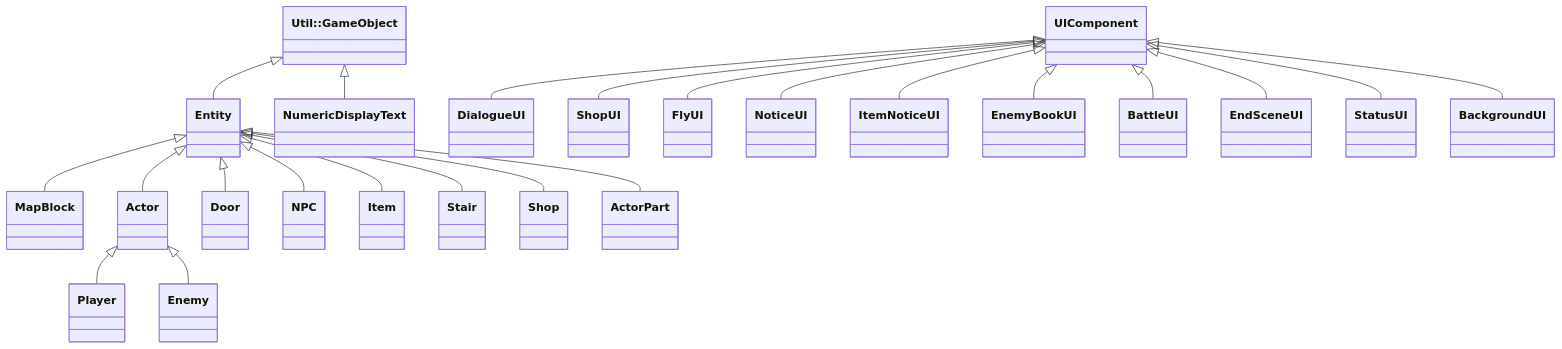
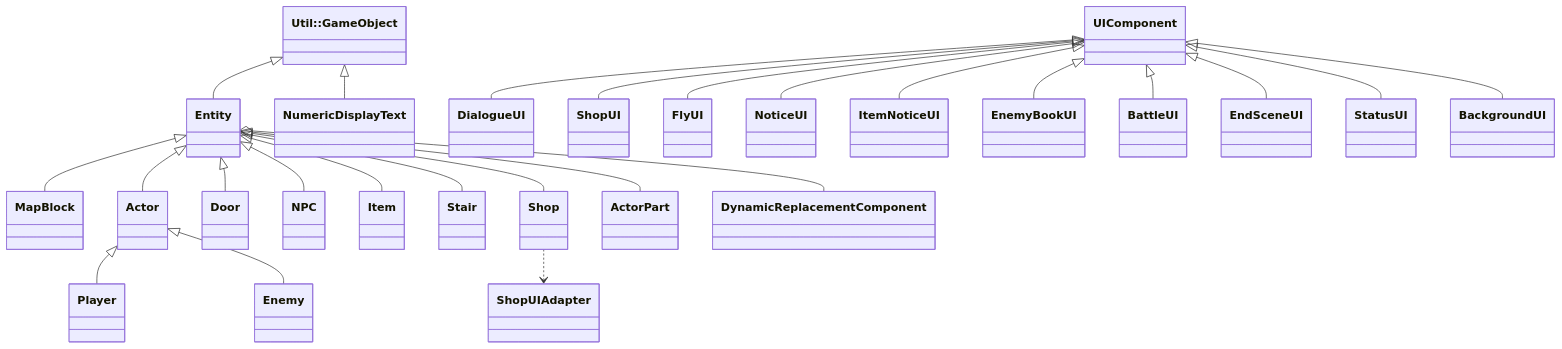
The first of 5 diagrams in Constructure.md (XWJWPIY/schoolwork_recreate_magic_tower), drawn with Mermaid before and after one commit. The commit also changed other lines of this file and 8 other files, not shown here.

````diff
--- a/Constructure.md
+++ b/Constructure.md
@@ -7,33 +7,37 @@
 ```mermaid
 classDiagram
     direction TB
     class GameObject["Util::GameObject"]
     class Entity
     class UIComponent
 
     GameObject <|-- Entity
     GameObject <|-- NumericDisplayText
     
     Entity <|-- MapBlock
     Entity <|-- Actor
     Entity <|-- Door
     Entity <|-- NPC
     Entity <|-- Item
     Entity <|-- Stair
     Entity <|-- Shop
     Entity <|-- ActorPart
 
     Actor <|-- Player
     Actor <|-- Enemy
 
     UIComponent <|-- DialogueUI
     UIComponent <|-- ShopUI
     UIComponent <|-- FlyUI
     UIComponent <|-- NoticeUI
     UIComponent <|-- ItemNoticeUI
     UIComponent <|-- EnemyBookUI
     UIComponent <|-- BattleUI
     UIComponent <|-- EndSceneUI
     UIComponent <|-- StatusUI
     UIComponent <|-- BackgroundUI
+
+    %% 元件（非繼承）
+    Entity o-- DynamicReplacementComponent
+    Shop ..> ShopUIAdapter
 ```
````
